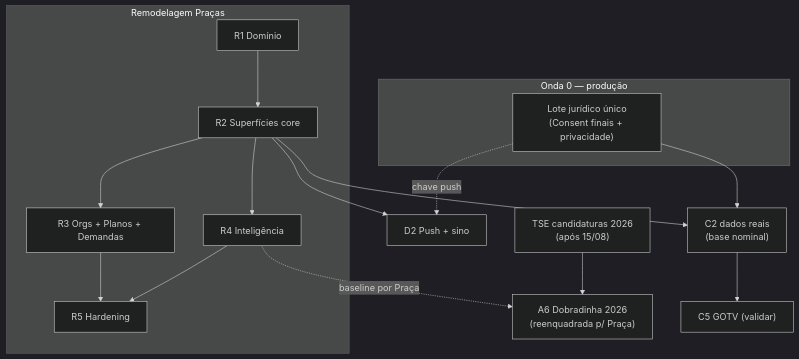
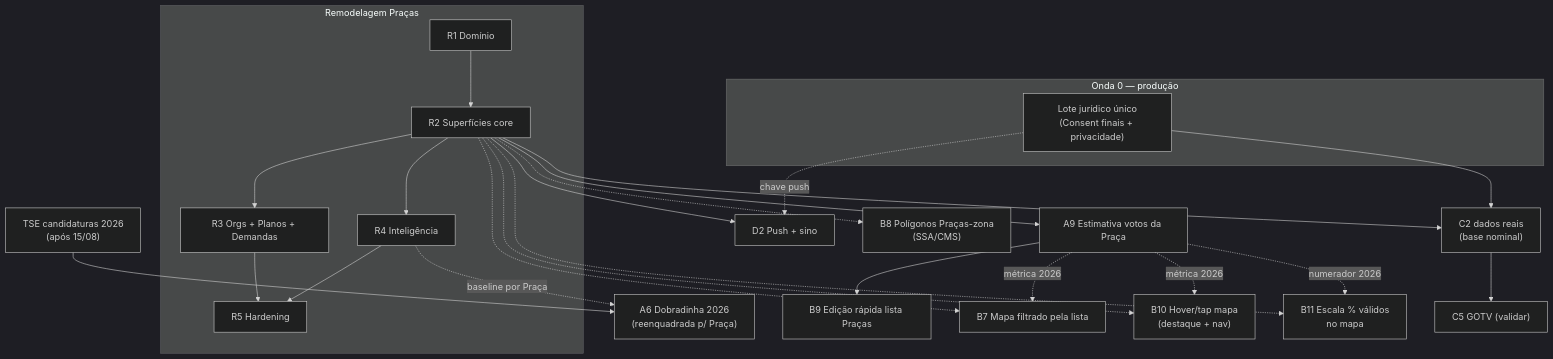
One commit to fsolla/teqo changed the diagram in docs/roadmap.md. Above: the diagram before and after it, drawn with Mermaid (dark theme). The commit also changed other lines of this file and 9 other files, not shown here.

Commit message:
Register Praças map and vote-estimate roadmap items with implementation plans.

````diff
--- a/docs/roadmap.md
+++ b/docs/roadmap.md
@@ -50,24 +50,33 @@
 ```mermaid
 flowchart TD
     subgraph Onda0["Onda 0 — produção"]
         JUR["Lote jurídico único<br/>(Consent finais + privacidade)"]
     end
 
     subgraph Remodel["Remodelagem Praças"]
         R1["R1 Domínio"]
         R2["R2 Superfícies core"]
         R3["R3 Orgs + Planos + Demandas"]
         R4["R4 Inteligência"]
         R5["R5 Hardening"]
     end
 
     R1 --> R2 --> R3 --> R5
     R2 --> R4 --> R5
     JUR --> C2prod["C2 dados reais<br/>(base nominal)"]
     R2 --> C2prod
     TSE2026["TSE candidaturas 2026<br/>(após 15/08)"] --> A6["A6 Dobradinha 2026<br/>(reenquadrada p/ Praça)"]
     R4 -.baseline por Praça.-> A6
     R2 --> D2["D2 Push + sino"]
+    R2 --> A9["A9 Estimativa votos da Praça"]
+    A9 --> B9["B9 Edição rápida lista Praças"]
+    R2 -.-> B7["B7 Mapa filtrado pela lista"]
+    R2 -.-> B8["B8 Polígonos Praças-zona<br/>(SSA/CMS)"]
+    R2 -.-> B10["B10 Hover/tap mapa<br/>(destaque + nav)"]
+    R2 -.-> B11["B11 Escala % válidos<br/>no mapa"]
+    A9 -.métrica 2026.-> B7
+    A9 -.métrica 2026.-> B10
+    A9 -.numerador 2026.-> B11
     JUR -.chave push.-> D2
     C2prod --> C5["C5 GOTV (validar)"]
 ```
````
